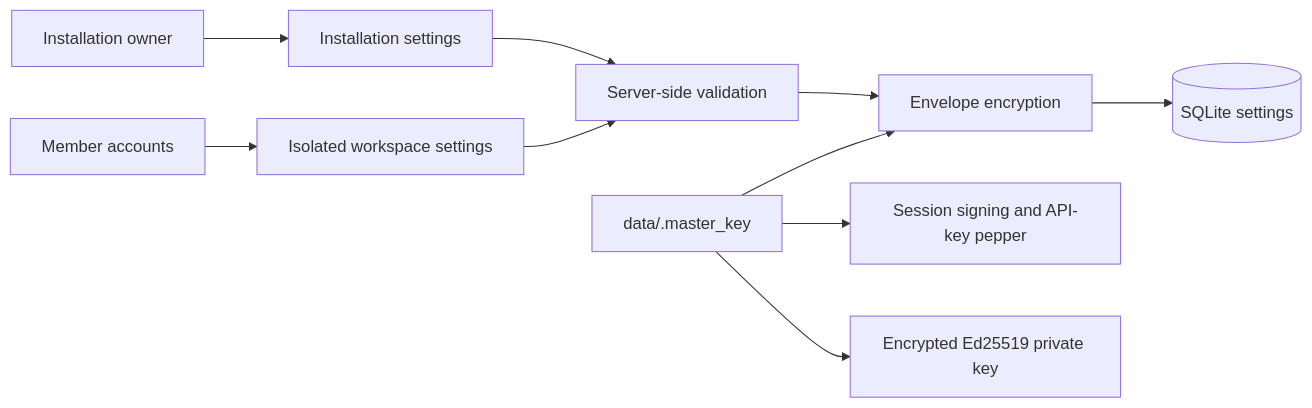
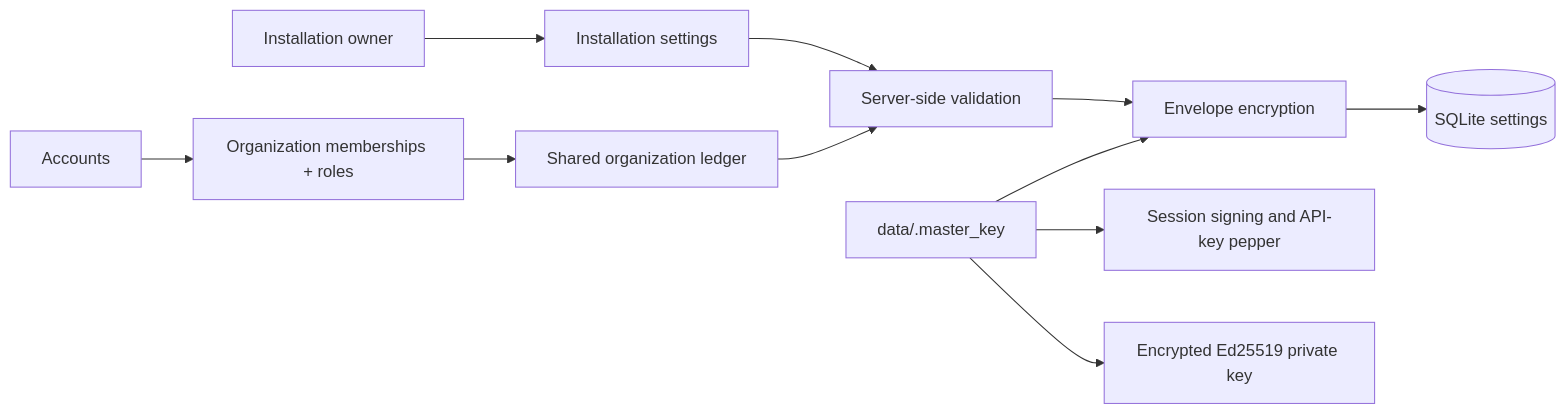
One commit to Afnanksalal/vera changed the fourth of 5 diagrams in docs/ARCHITECTURE.md. Above: the diagram before and after it, drawn with Mermaid. The commit also changed other lines of this file and 56 other files, not shown here.

````diff
--- a/docs/ARCHITECTURE.md
+++ b/docs/ARCHITECTURE.md
@@ -151,12 +151,13 @@
 ```mermaid
 flowchart LR
   OWNER[Installation owner] --> SETTINGS["Installation settings"]
-  MEMBER[Member accounts] --> WORKSPACE["Isolated workspace settings"]
+  ACCOUNT[Accounts] --> MEMBERSHIP["Organization memberships + roles"]
+  MEMBERSHIP --> WORKSPACE["Shared organization ledger"]
   SETTINGS --> VALIDATE[Server-side validation]
   WORKSPACE --> VALIDATE
   VALIDATE --> ENC[Envelope encryption]
   ENC --> DB[(SQLite settings)]
   MASTER[data/.master_key] --> ENC
   MASTER --> SESSION[Session signing and API-key pepper]
   MASTER --> IDENTITY[Encrypted Ed25519 private key]
 ```
````
